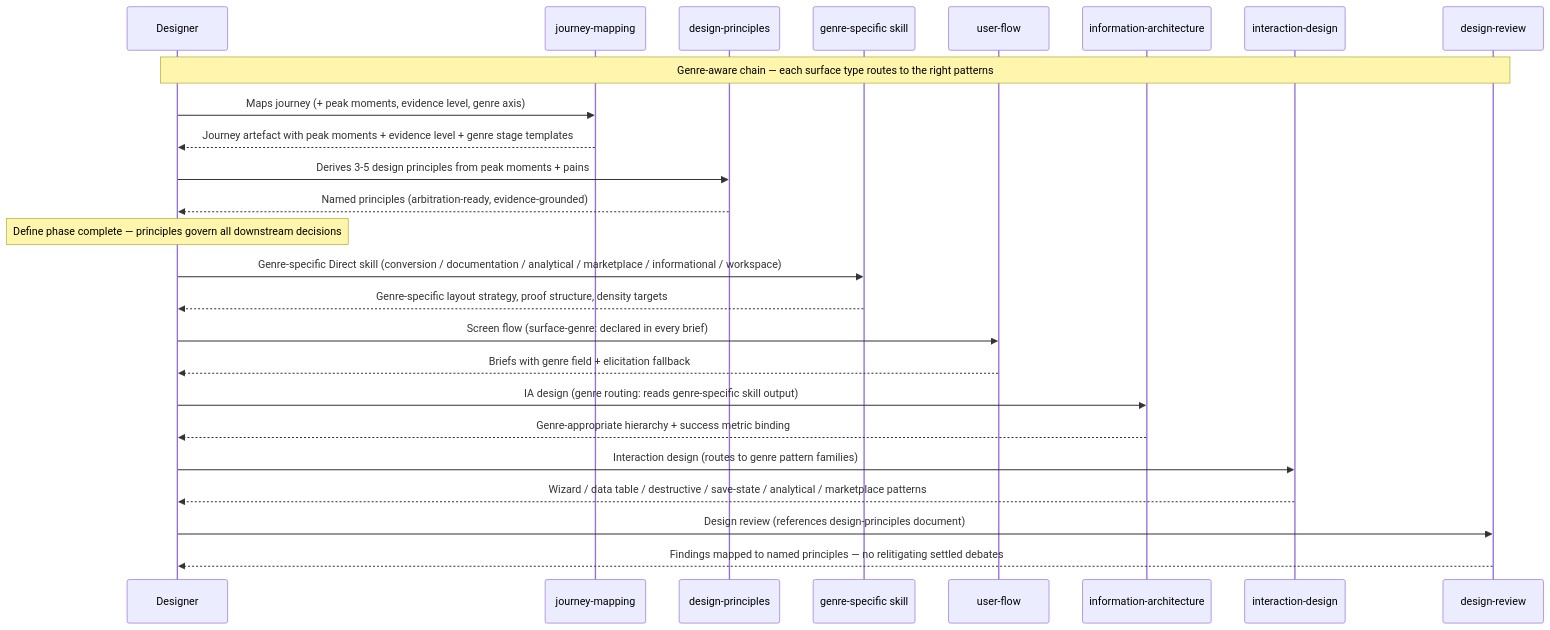
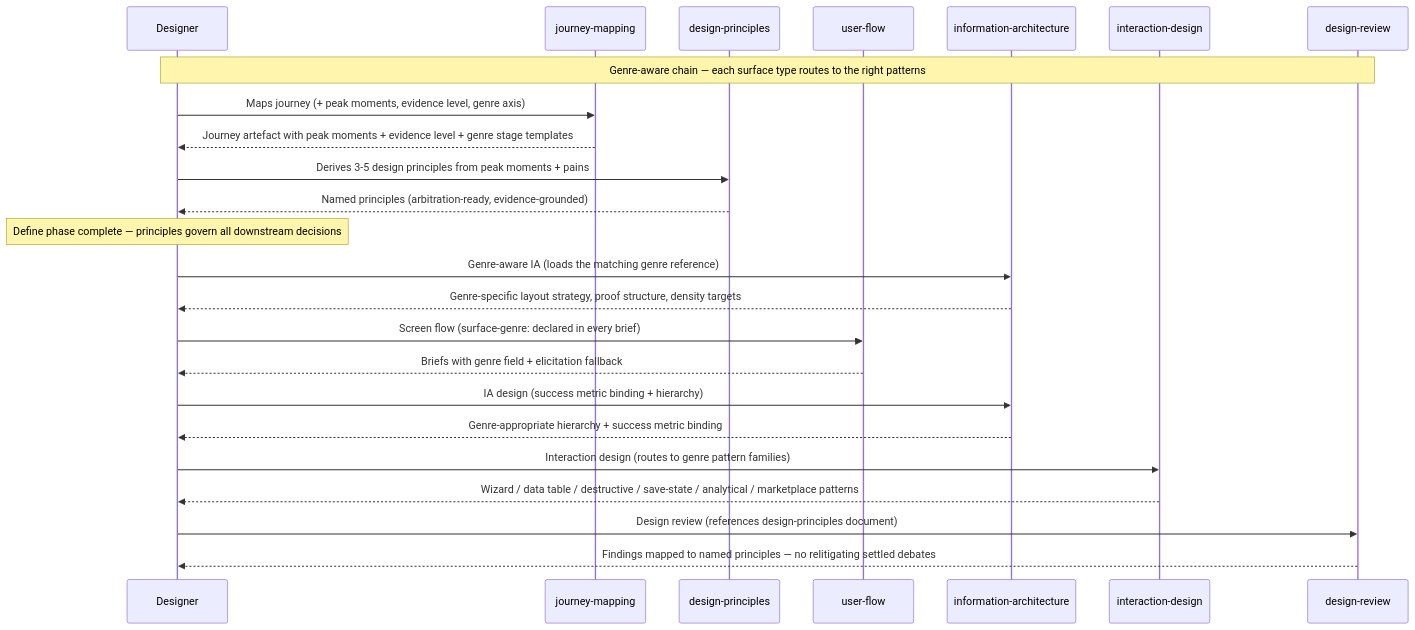
The diagram in docs/product/journeys/designer-designs-surface.md (eugenelim/agent-ready-repo), drawn with Mermaid before and after one commit. The commit also changed other lines of this file and 77 other files, not shown here.

````diff
--- a/docs/product/journeys/designer-designs-surface.md
+++ b/docs/product/journeys/designer-designs-surface.md
@@ -57,28 +57,27 @@
 ```mermaid
 sequenceDiagram
     participant D as Designer
     participant JM as journey-mapping
     participant DP as design-principles
-    participant GS as genre-specific skill
     participant UF as user-flow
     participant IA as information-architecture
     participant ID as interaction-design
     participant DR as design-review
 
     Note over D,DR: Genre-aware chain — each surface type routes to the right patterns
     D->>JM: Maps journey (+ peak moments, evidence level, genre axis)
     JM-->>D: Journey artefact with peak moments + evidence level + genre stage templates
     D->>DP: Derives 3-5 design principles from peak moments + pains
     DP-->>D: Named principles (arbitration-ready, evidence-grounded)
     Note over D: Define phase complete — principles govern all downstream decisions
-    D->>GS: Genre-specific Direct skill (conversion / documentation / analytical / marketplace / informational / workspace)
-    GS-->>D: Genre-specific layout strategy, proof structure, density targets
+    D->>IA: Genre-aware IA (loads the matching genre reference)
+    IA-->>D: Genre-specific layout strategy, proof structure, density targets
     D->>UF: Screen flow (surface-genre: declared in every brief)
     UF-->>D: Briefs with genre field + elicitation fallback
-    D->>IA: IA design (genre routing: reads genre-specific skill output)
+    D->>IA: IA design (success metric binding + hierarchy)
     IA-->>D: Genre-appropriate hierarchy + success metric binding
     D->>ID: Interaction design (routes to genre pattern families)
     ID-->>D: Wizard / data table / destructive / save-state / analytical / marketplace patterns
     D->>DR: Design review (references design-principles document)
     DR-->>D: Findings mapped to named principles — no relitigating settled debates
 ```
````
